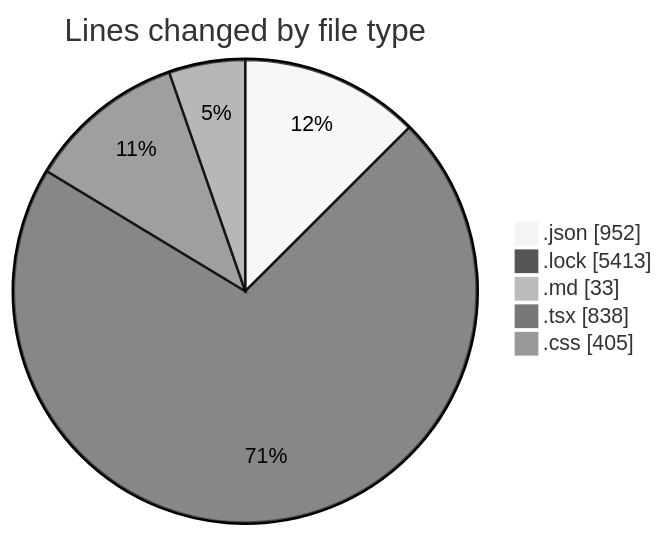
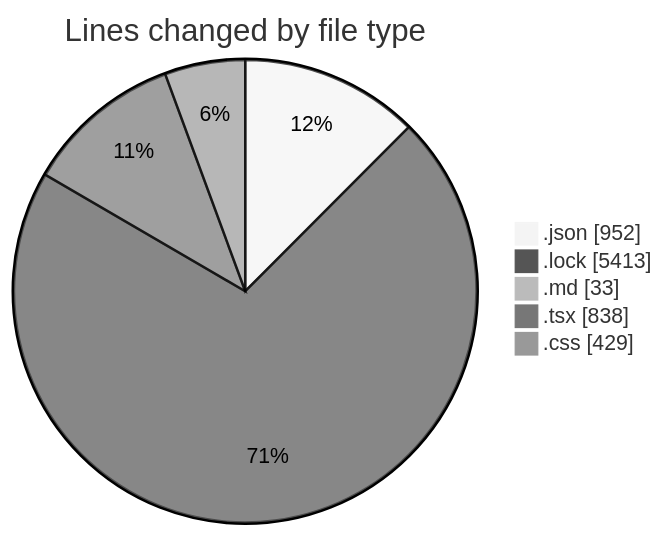
One commit to EIIisD/code-tracking changed the first of 2 diagrams in 2025-08-11/ribbon/README.md. Above: the diagram before and after it, drawn with Mermaid (neutral theme). The commit also changed other lines of this file and 1 other file, not shown here.

````diff
--- a/2025-08-11/ribbon/README.md
+++ b/2025-08-11/ribbon/README.md
@@ -37,9 +37,9 @@
 ```mermaid
 pie showData
 title Lines changed by file type
 ".json" : 952
 ".lock" : 5413
 ".md" : 33
 ".tsx" : 838
-".css" : 405
+".css" : 429
 ```
````
